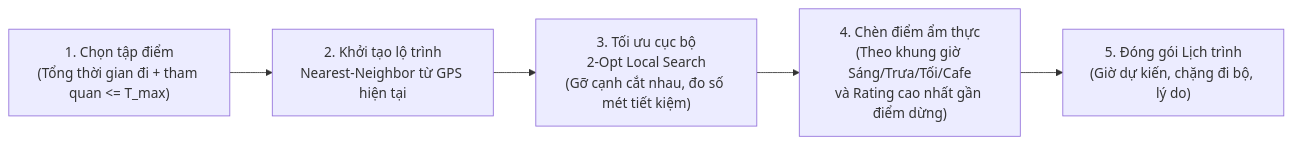
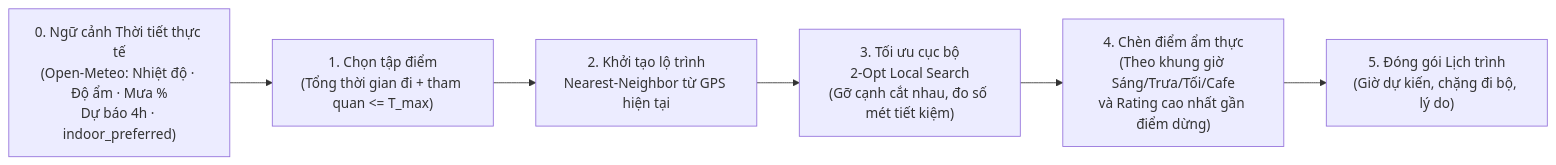
Before and after one commit to MinhPhatVilla/smart-heritage-guide: the diagram in docs/ai-pillars.md, drawn with Mermaid. The commit also changed other lines of this file and 5 other files, not shown here.

````diff
--- a/docs/ai-pillars.md
+++ b/docs/ai-pillars.md
@@ -29,7 +29,8 @@
 ```mermaid
 flowchart LR
-    A["1. Chọn tập điểm\n(Tổng thời gian đi + tham quan <= T_max)"] --> B["2. Khởi tạo lộ trình\nNearest-Neighbor từ GPS hiện tại"]
+    W["0. Ngữ cảnh Thời tiết thực tế\n(Open-Meteo: Nhiệt độ · Độ ẩm · Mưa %\nDự báo 4h · indoor_preferred)"] --> A["1. Chọn tập điểm\n(Tổng thời gian đi + tham quan <= T_max)"]
+    A --> B["2. Khởi tạo lộ trình\nNearest-Neighbor từ GPS hiện tại"]
     B --> C["3. Tối ưu cục bộ\n2-Opt Local Search\n(Gỡ cạnh cắt nhau, đo số mét tiết kiệm)"]
     C --> D["4. Chèn điểm ẩm thực\n(Theo khung giờ Sáng/Trưa/Tối/Cafe\nvà Rating cao nhất gần điểm dừng)"]
     D --> E["5. Đóng gói Lịch trình\n(Giờ dự kiến, chặng đi bộ, lý do)"]
 ```
````
